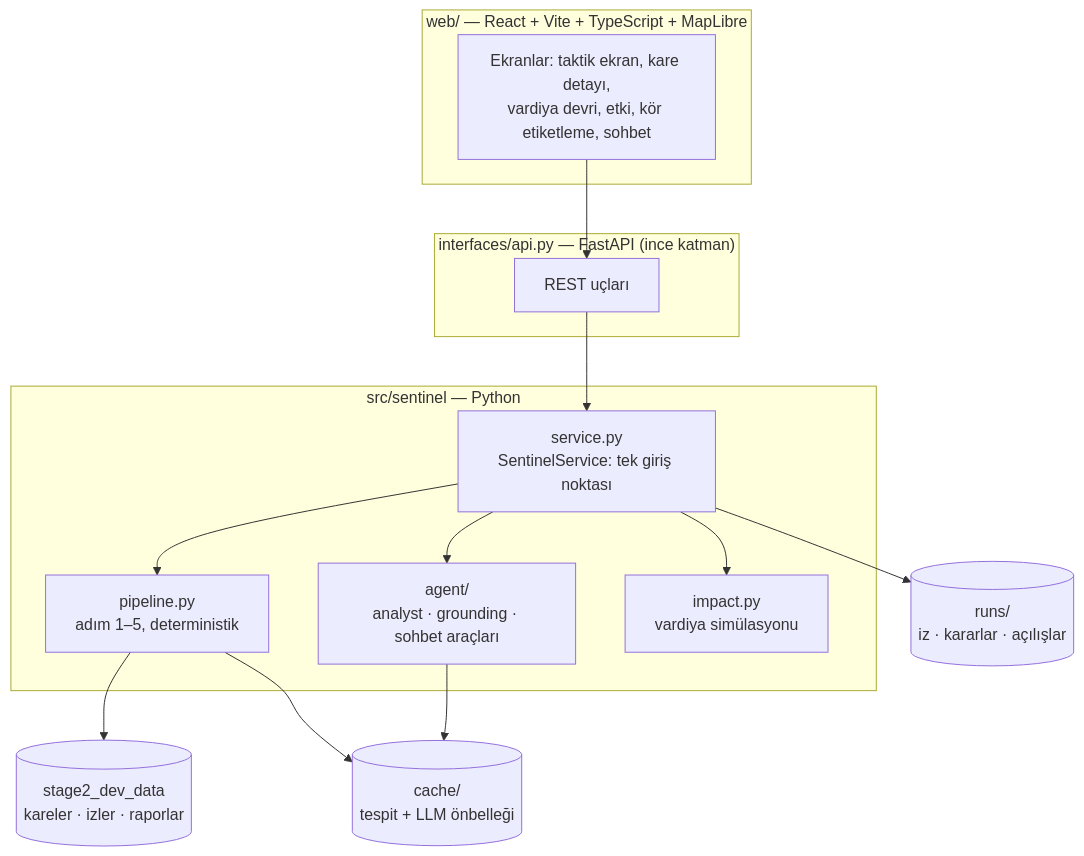
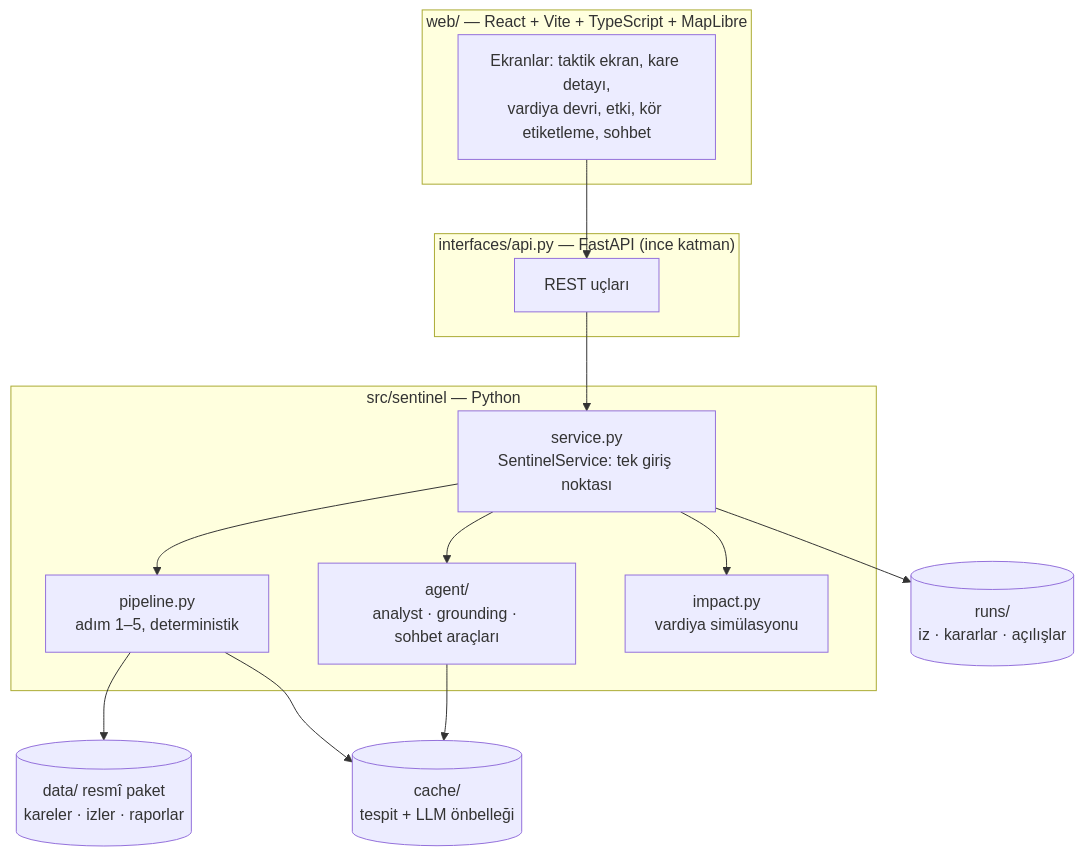
Before and after one commit to BeratAltunn/sungur: the second of 2 diagrams in README.md, drawn with Mermaid. The commit also changed other lines of this file and 258 other files, not shown here.

````diff
--- a/README.md
+++ b/README.md
@@ -99,25 +96,25 @@
 ```mermaid
 flowchart TB
   subgraph web["web/ — React + Vite + TypeScript + MapLibre"]
     UI[Ekranlar: taktik ekran, kare detayı,<br/>vardiya devri, etki, kör etiketleme, sohbet]
   end
   subgraph api["interfaces/api.py — FastAPI (ince katman)"]
     R[REST uçları]
   end
   subgraph core["src/sentinel — Python"]
     S[service.py<br/>SentinelService: tek giriş noktası]
     P[pipeline.py<br/>adım 1–5, deterministik]
     AG[agent/<br/>analyst · grounding · sohbet araçları]
     IM[impact.py<br/>vardiya simülasyonu]
   end
-  D[(stage2_dev_data<br/>kareler · izler · raporlar)]
+  D[(data/ resmî paket<br/>kareler · izler · raporlar)]
   C[(cache/<br/>tespit + LLM önbelleği)]
   RUN[(runs/<br/>iz · kararlar · açılışlar)]
   UI --> R --> S
   S --> P --> D
   S --> AG
   S --> IM
   P --> C
   AG --> C
   S --> RUN
 ```
````
